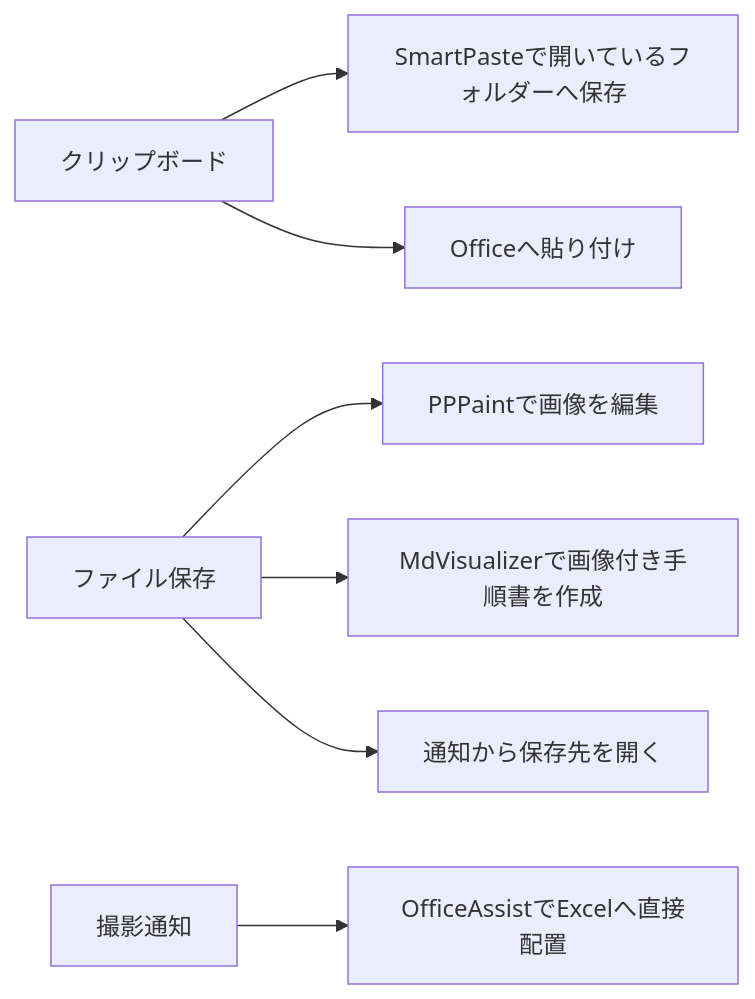
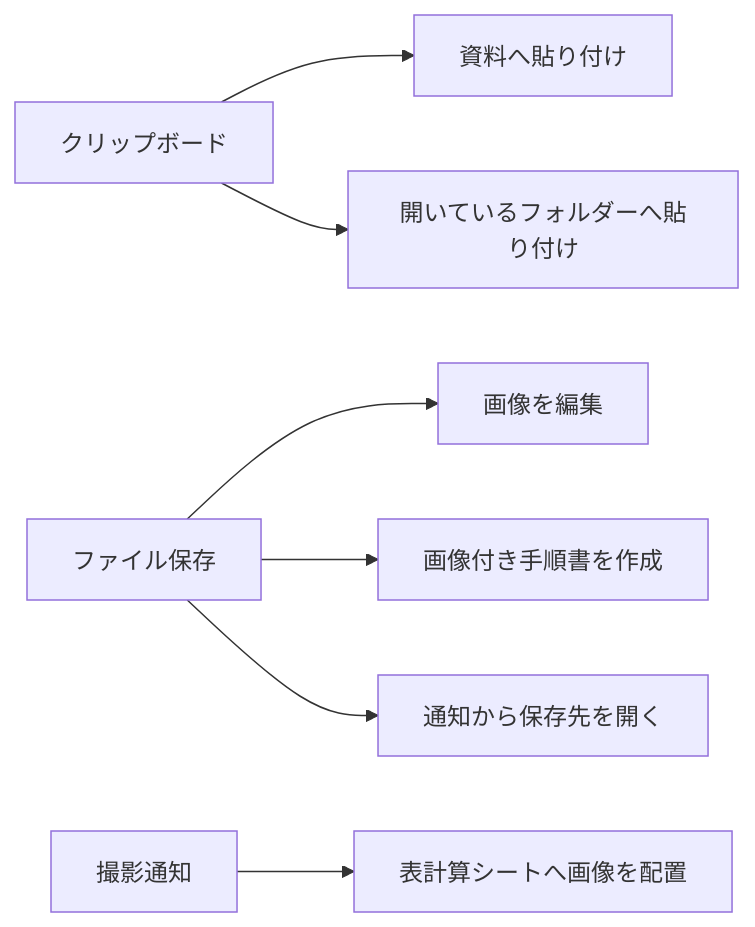
The second of 3 diagrams in README.md (KotorinChunChun/SSCapture), drawn with Mermaid before and after one commit. The commit also changed other lines of this file, not shown here.

Commit message:
想定活用フローを一般化し連携ツールの図を追加する

````diff
--- a/README.md
+++ b/README.md
@@ -20,9 +19,9 @@
 ```mermaid
 flowchart LR
-    clipboard["クリップボード"] --> currentFolder["SmartPasteで開いているフォルダーへ保存"]
-    clipboard --> office["Officeへ貼り付け"]
-    file["ファイル保存"] --> editor["PPPaintで画像を編集"]
-    file --> manual["MdVisualizerで画像付き手順書を作成"]
+    clipboard["クリップボード"] --> document["資料へ貼り付け"]
+    clipboard --> currentFolder["開いているフォルダーへ貼り付け"]
+    file["ファイル保存"] --> editor["画像を編集"]
+    file --> manual["画像付き手順書を作成"]
     file --> openFolder["通知から保存先を開く"]
-    notice["撮影通知"] --> excel["OfficeAssistでExcelへ直接配置"]
+    notice["撮影通知"] --> spreadsheet["表計算シートへ画像を配置"]
 ```
````
